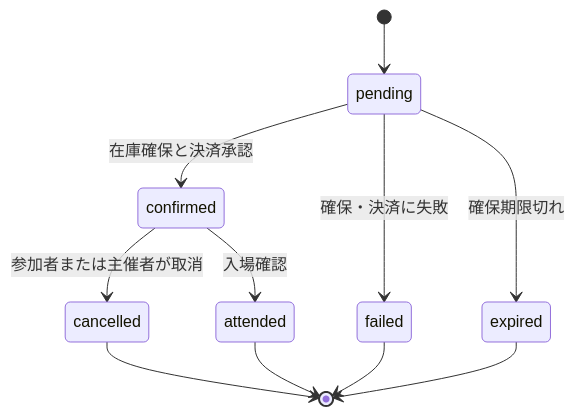
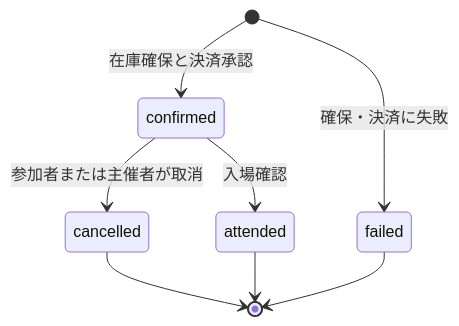
The second of 4 diagrams in books/api-design-textbook/26-complete-event-api.md (nagahara-naoki/zenn), drawn with Mermaid before and after one commit. The commit also changed other lines of this file and 33 other files, not shown here.

````diff
--- a/books/api-design-textbook/26-complete-event-api.md
+++ b/books/api-design-textbook/26-complete-event-api.md
@@ -51,13 +63,10 @@
 ```mermaid
 stateDiagram-v2
-    [*] --> pending
-    pending --> confirmed: 在庫確保と決済承認
-    pending --> failed: 確保・決済に失敗
-    pending --> expired: 確保期限切れ
+    [*] --> confirmed: 在庫確保と決済承認
+    [*] --> failed: 確保・決済に失敗
     confirmed --> cancelled: 参加者または主催者が取消
     confirmed --> attended: 入場確認
     cancelled --> [*]
     failed --> [*]
-    expired --> [*]
     attended --> [*]
 ```
````
